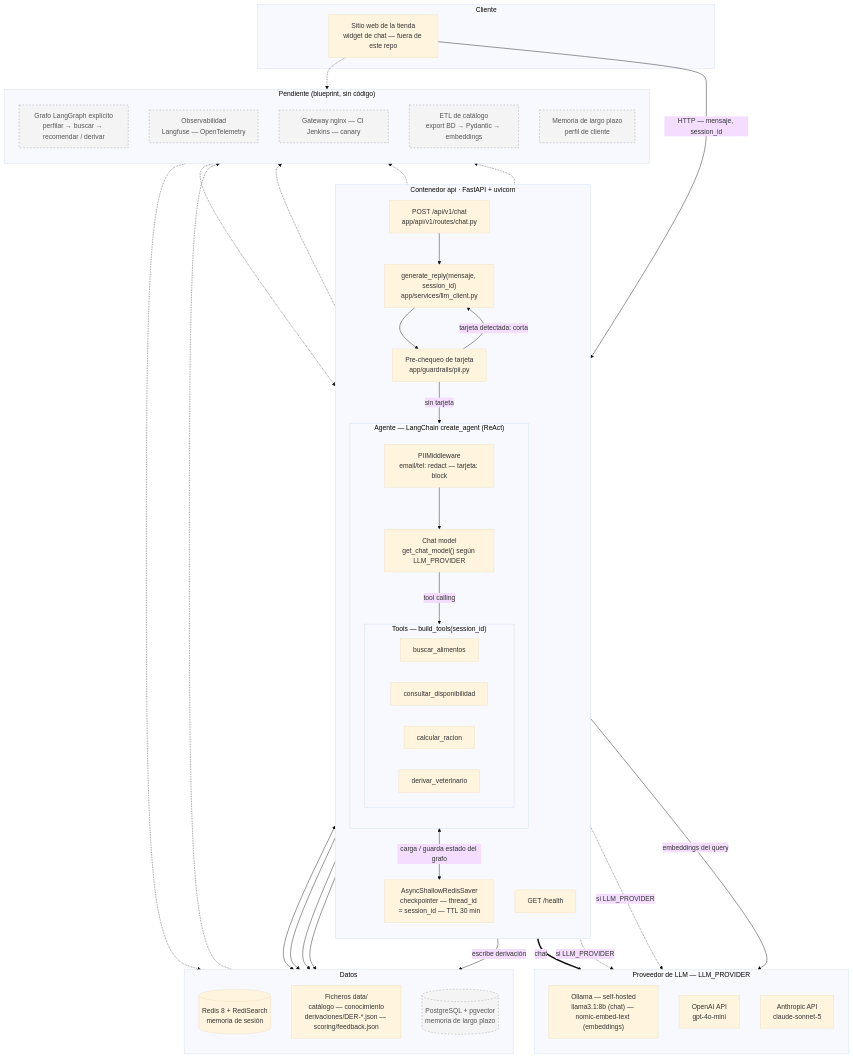
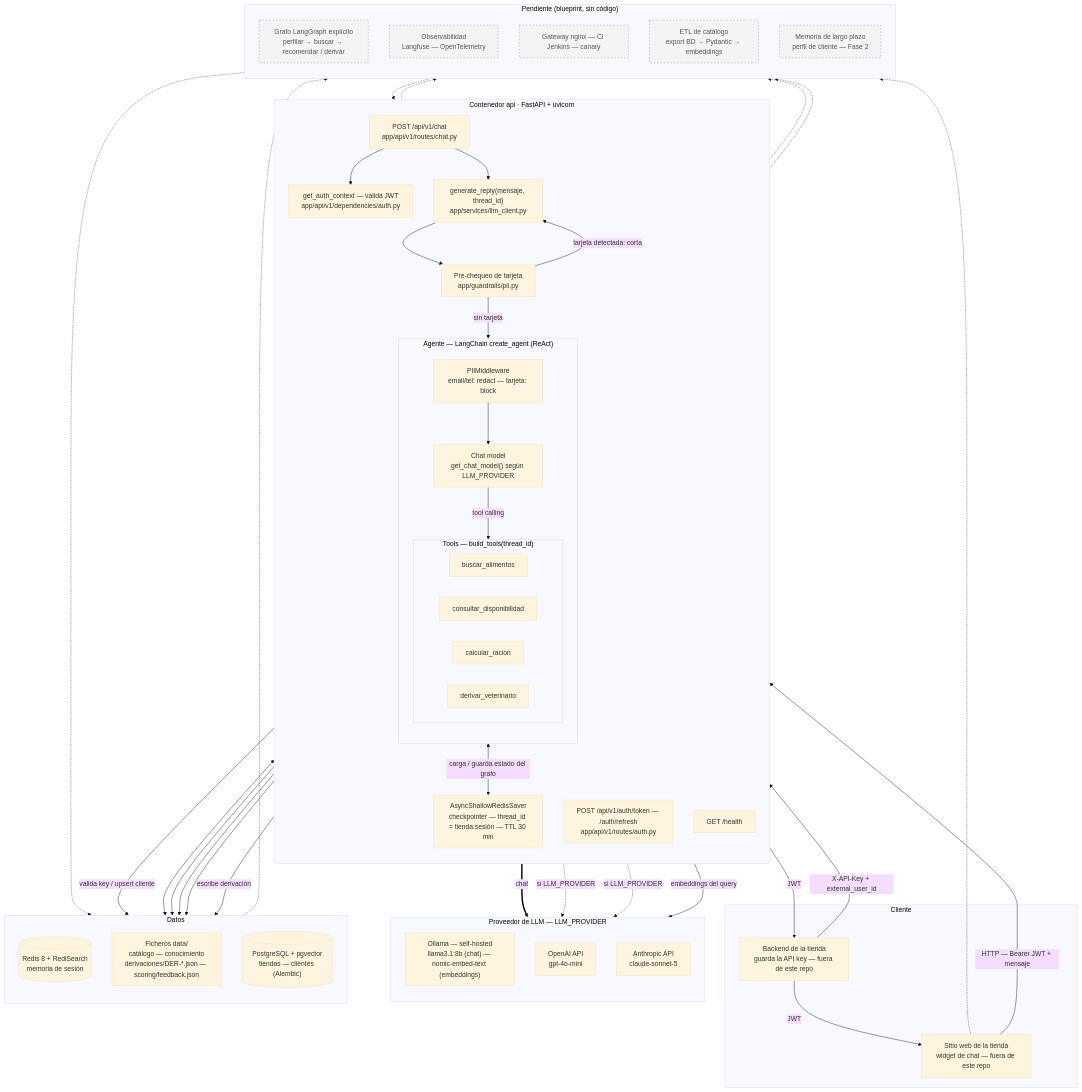
The first of 2 diagrams in docs/arquitectura.md (joseandjn/project-agent), drawn with Mermaid (base theme) before and after one commit. The commit also changed other lines of this file and 29 other files, not shown here.

First line of the commit message:
Autenticacion por tienda con JWT propio (Fase 1 de memoria de largo plazo)

````diff
--- a/docs/arquitectura.md
+++ b/docs/arquitectura.md
@@ -15,20 +15,23 @@
 flowchart TB
     subgraph cliente["Cliente"]
         web["Sitio web de la tienda<br/>widget de chat — fuera de este repo"]
+        tback["Backend de la tienda<br/>guarda la API key — fuera de este repo"]
     end
 
     subgraph apic["Contenedor api · FastAPI + uvicorn"]
         direction TB
+        authr["POST /api/v1/auth/token — /auth/refresh<br/>app/api/v1/routes/auth.py"]
+        jwtdep["get_auth_context — valida JWT<br/>app/api/v1/dependencies/auth.py"]
         route["POST /api/v1/chat<br/>app/api/v1/routes/chat.py"]
         health["GET /health"]
-        gen["generate_reply(mensaje, session_id)<br/>app/services/llm_client.py"]
+        gen["generate_reply(mensaje, thread_id)<br/>app/services/llm_client.py"]
         precheck["Pre-chequeo de tarjeta<br/>app/guardrails/pii.py"]
 
         subgraph agente["Agente — LangChain create_agent (ReAct)"]
             direction TB
             mw["PIIMiddleware<br/>email/tel: redact — tarjeta: block"]
             model["Chat model<br/>get_chat_model() según LLM_PROVIDER"]
-            subgraph tools["Tools — build_tools(session_id)"]
+            subgraph tools["Tools — build_tools(thread_id)"]
                 direction LR
                 t1["buscar_alimentos"]
                 t2["consultar_disponibilidad"]
@@ -37,7 +40,7 @@
             end
         end
 
-        cp["AsyncShallowRedisSaver<br/>checkpointer — thread_id = session_id — TTL 30 min"]
+        cp["AsyncShallowRedisSaver<br/>checkpointer — thread_id = tienda:sesión — TTL 30 min"]
     end
 
     subgraph prov["Proveedor de LLM — LLM_PROVIDER"]
@@ -51,7 +54,7 @@
         direction TB
         redis[("Redis 8 + RediSearch<br/>memoria de sesión")]
         fs["Ficheros data/<br/>catálogo — conocimiento<br/>derivaciones/DER-*.json — scoring/feedback.json"]
-        pg[("PostgreSQL + pgvector<br/>memoria de largo plazo")]
+        pg[("PostgreSQL + pgvector<br/>tiendas — clientes (Alembic)")]
     end
 
     subgraph pend["Pendiente (blueprint, sin código)"]
@@ -60,10 +63,15 @@
         obs["Observabilidad<br/>Langfuse — OpenTelemetry"]
         gw["Gateway nginx — CI Jenkins — canary"]
         etl["ETL de catálogo<br/>export BD → Pydantic → embeddings"]
-        longmem["Memoria de largo plazo<br/>perfil de cliente"]
+        longmem["Memoria de largo plazo<br/>perfil de cliente — Fase 2"]
     end
 
-    web -->|"HTTP — mensaje, session_id"| route
+    tback -->|"X-API-Key + external_user_id"| authr
+    authr -->|"valida key / upsert cliente"| pg
+    authr -->|"JWT"| tback
+    tback -->|"JWT"| web
+    web -->|"HTTP — Bearer JWT + mensaje"| route
+    route --> jwtdep
     web -.-> gw -.-> route
     route --> gen
     gen --> precheck
@@ -92,5 +100,5 @@
     gen -.-> longmem
 
     classDef pendiente fill:#f4f4f4,stroke:#999,stroke-dasharray:4,color:#555;
-    class lg,obs,gw,etl,longmem,pg pendiente;
+    class lg,obs,gw,etl,longmem pendiente;
 ```
````
